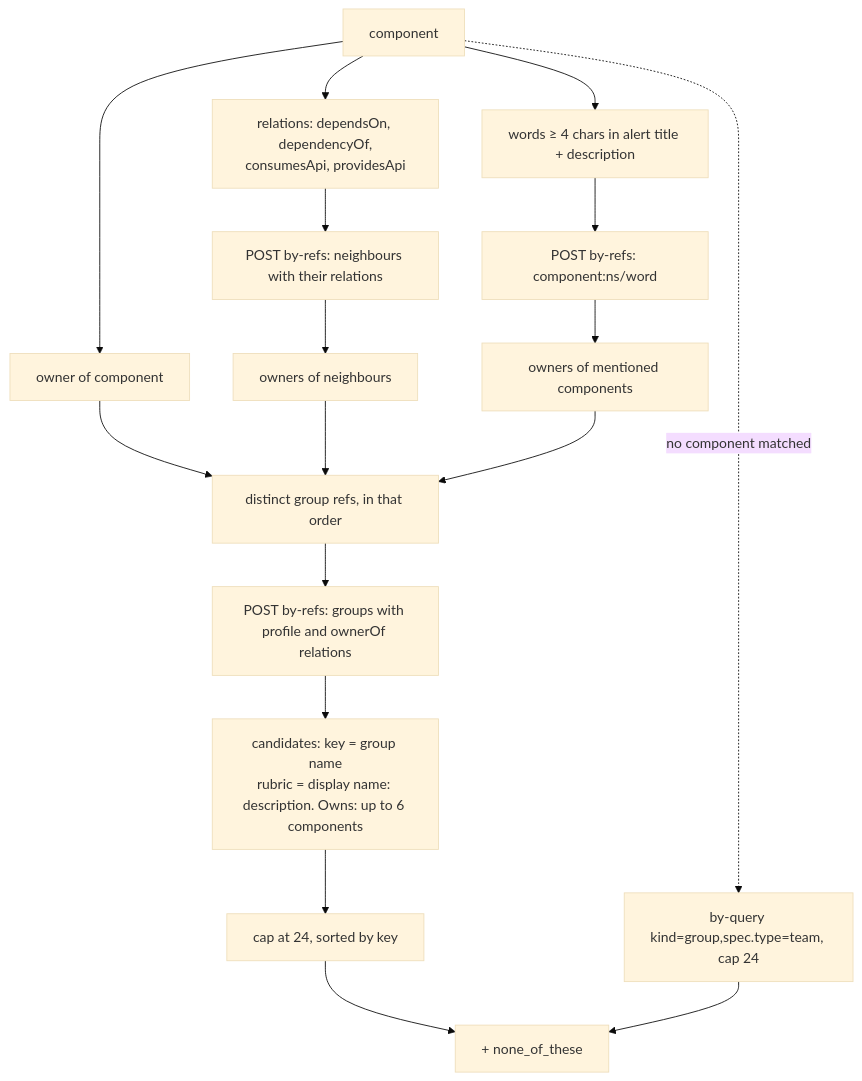
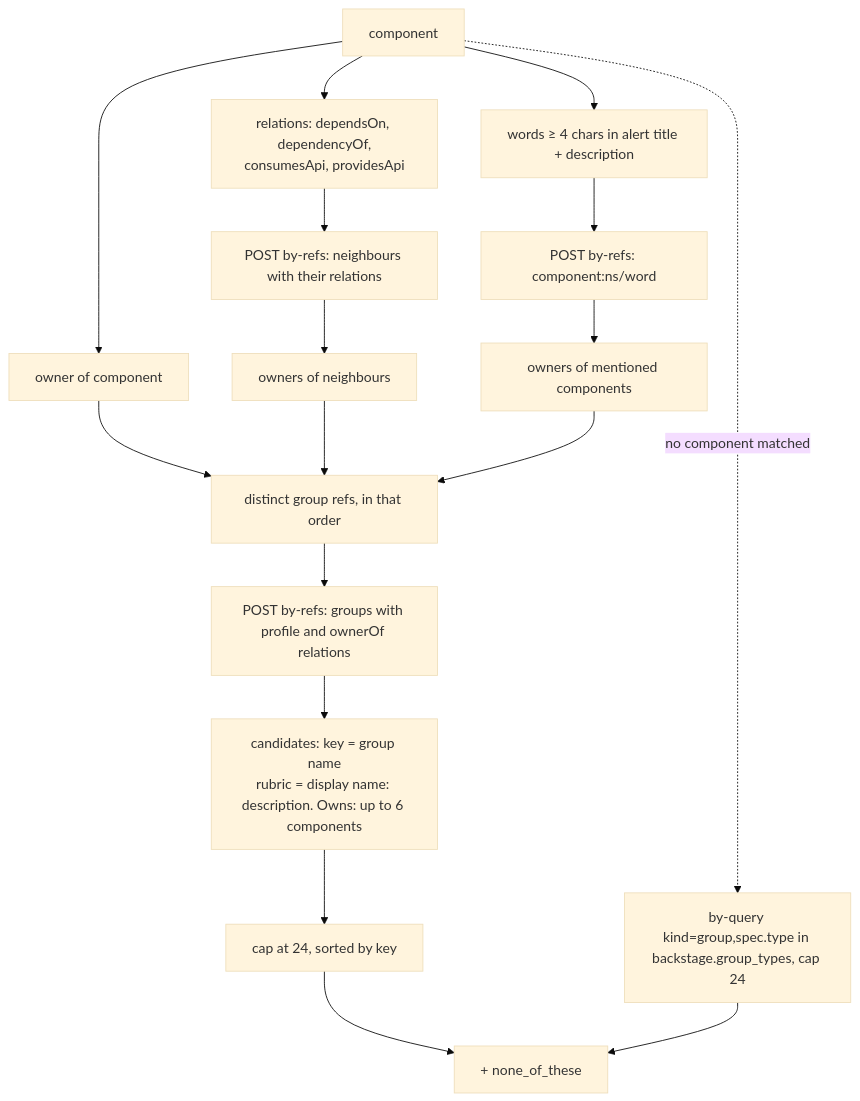
Before and after one commit to chussenot/signalman: the second of 4 diagrams in docs/backstage.md, drawn with Mermaid (base theme). The commit also changed other lines of this file and 9 other files, not shown here.

First line of the commit message:
feat(backstage): group_types setting and catalog-only tokens, from the live run

````diff
--- a/docs/backstage.md
+++ b/docs/backstage.md
@@ -59,15 +59,15 @@
 ```mermaid
 flowchart TD
     C[component] --> REL[relations: dependsOn, dependencyOf,<br/>consumesApi, providesApi]
     REL --> NB[POST by-refs: neighbours with their relations]
     C --> TXT[words ≥ 4 chars in alert title + description]
     TXT --> MEN[POST by-refs: component:ns/word]
     C --> G1[owner of component]
     NB --> G2[owners of neighbours]
     MEN --> G3[owners of mentioned components]
     G1 & G2 & G3 --> GR[distinct group refs, in that order]
     GR --> GB[POST by-refs: groups with profile and ownerOf relations]
     GB --> CAND[candidates: key = group name<br/>rubric = display name: description. Owns: up to 6 components]
     CAND --> CAP[cap at 24, sorted by key] --> ADD[+ none_of_these]
-    C -.->|no component matched| ALL[by-query kind=group,spec.type=team, cap 24] --> ADD
+    C -.->|no component matched| ALL[by-query kind=group,spec.type in backstage.group_types, cap 24] --> ADD
 ```
````
